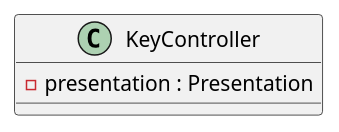
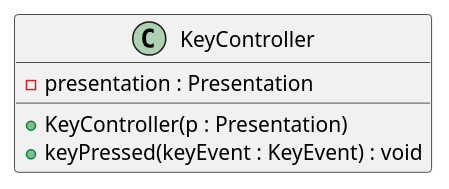
Before and after one commit to gabrielrtlima/diagramas-padroes-projeto: the diagram in classes/KeyController.puml, drawn with PlantUML. The commit also changed 13 other files, not shown here.

```diff
--- a/classes/KeyController.puml
+++ b/classes/KeyController.puml
@@ -1,7 +1,12 @@
 @startuml KeyController
 
 class KeyController {
+
   - presentation : Presentation
+
+  + KeyController(p : Presentation)
+  + keyPressed(keyEvent : KeyEvent) : void
+
 }
 
 @enduml
```
